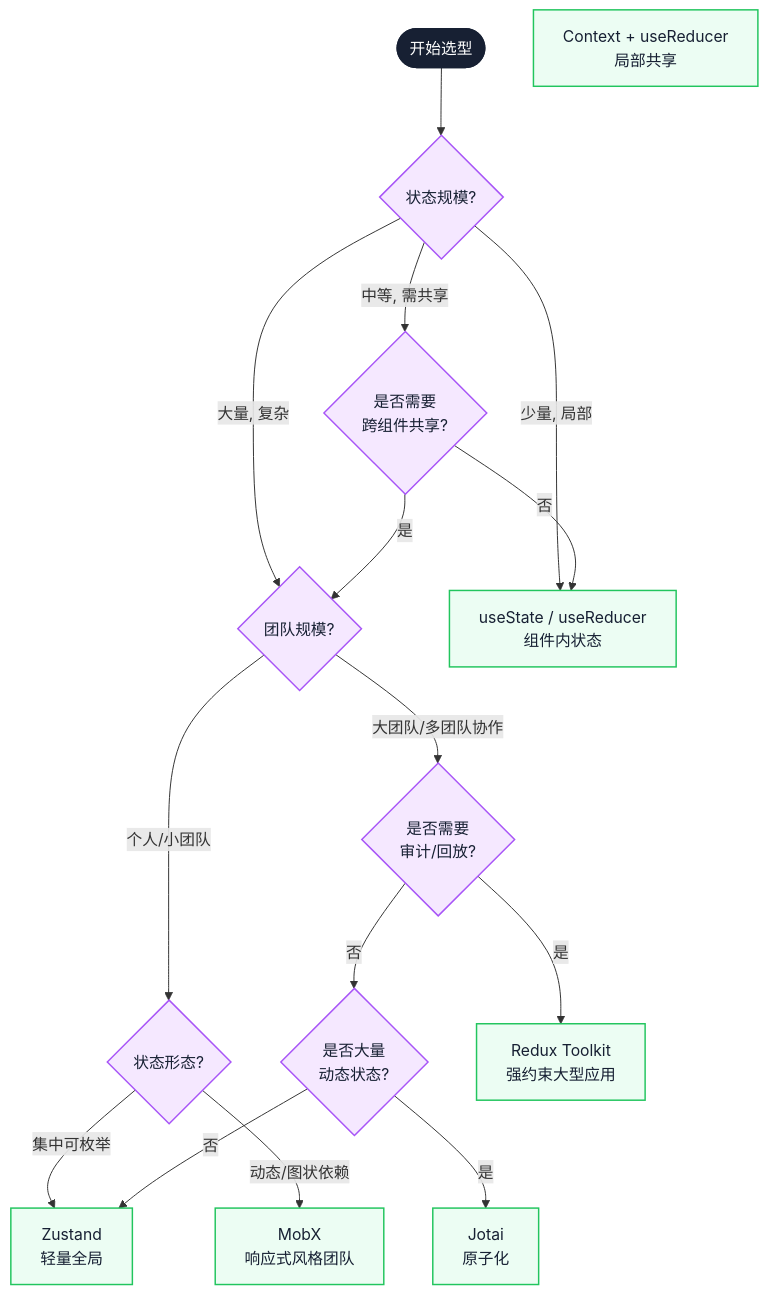
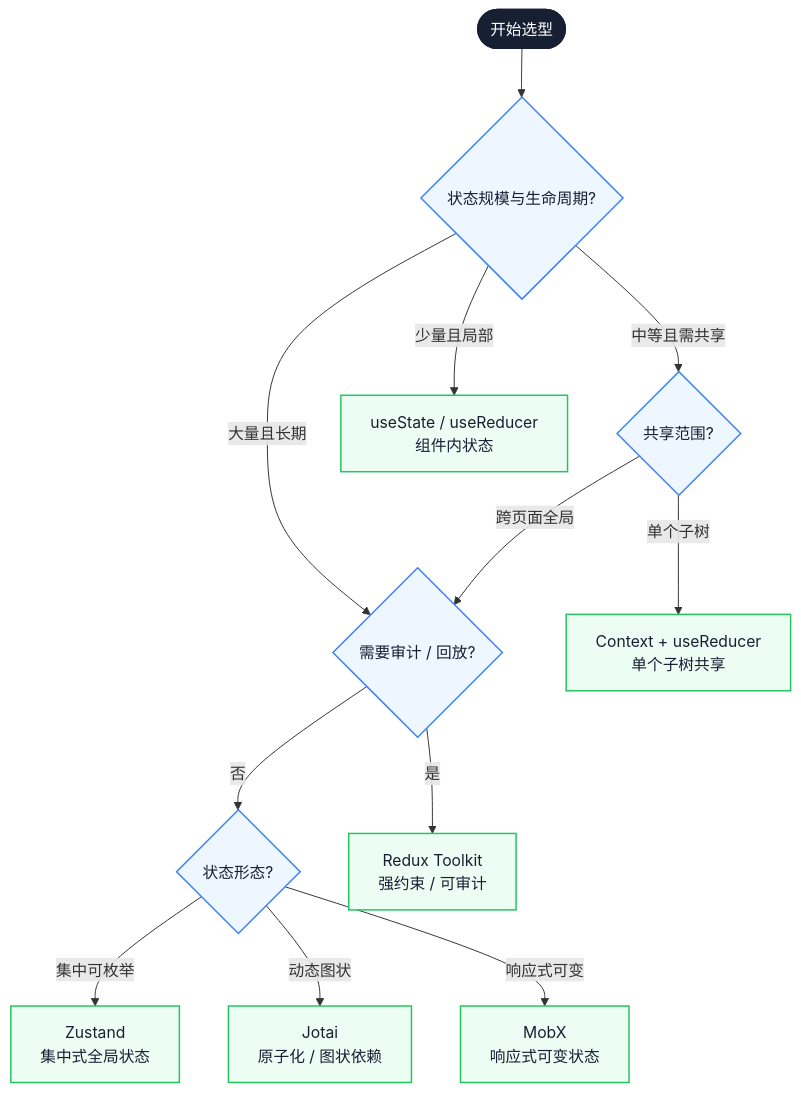
Before and after one commit to Fatejian/frontier-vault: the sixth of 6 diagrams in docs/frameworks/state-management.md, drawn with Mermaid. The commit also changed other lines of this file and 41 other files, not shown here.

````diff
--- a/docs/frameworks/state-management.md
+++ b/docs/frameworks/state-management.md
@@ -772,46 +854,36 @@
 ```mermaid
-%%{init: {'theme': 'base', 'themeVariables': { 'fontFamily': 'Inter, PingFang SC, Microsoft YaHei, sans-serif', 'primaryColor': '#EEF6FF', 'primaryTextColor': '#172033', 'primaryBorderColor': '#6EA8FE', 'lineColor': '#8A94A6', 'secondaryColor': '#F7F9FC', 'tertiaryColor': '#FFF7E6, 'fontSize': '13px'}}}%%
 flowchart TB
-    Start([开始选型])
+    Start(["开始选型"])
 
-    Q1{状态规模?}
-    Q2{是否需要<br/>跨组件共享?}
-    Q3{团队规模?}
-    Q4{状态形态?}
-    Q5{是否需要<br/>审计/回放?}
-    Q6{是否大量<br/>动态状态?}
+    Q1{"状态规模与生命周期?"}
+    Q2{"共享范围?"}
+    Q3{"需要审计 / 回放?"}
+    Q4{"状态形态?"}
 
-    R1[useState / useReducer<br/>组件内状态]
-    R2[Context + useReducer<br/>局部共享]
-    R3[Zustand<br/>轻量全局]
-    R4[Jotai<br/>原子化]
-    R5[Redux Toolkit<br/>强约束大型应用]
-    R6[MobX<br/>响应式风格团队]
+    R1["useState / useReducer<br/>组件内状态"]
+    R2["Context + useReducer<br/>单个子树共享"]
+    R3["Zustand<br/>集中式全局状态"]
+    R4["Jotai<br/>原子化 / 图状依赖"]
+    R5["Redux Toolkit<br/>强约束 / 可审计"]
+    R6["MobX<br/>响应式可变状态"]
 
     Start --> Q1
-    Q1 -->|少量, 局部| R1
-    Q1 -->|中等, 需共享| Q2
-    Q1 -->|大量, 复杂| Q3
+    Q1 -->|"少量且局部"| R1
+    Q1 -->|"中等且需共享"| Q2
+    Q1 -->|"大量且长期"| Q3
+    Q2 -->|"单个子树"| R2
+    Q2 -->|"跨页面全局"| Q3
+    Q3 -->|"是"| R5
+    Q3 -->|"否"| Q4
+    Q4 -->|"集中可枚举"| R3
+    Q4 -->|"动态图状"| R4
+    Q4 -->|"响应式可变"| R6
 
-    Q2 -->|否| R1
-    Q2 -->|是| Q3
+    classDef core fill:#172033,color:#fff,stroke:#172033,stroke-width:2px;
+    classDef wait fill:#EEF6FF,stroke:#3B82F6,color:#172033,stroke-width:1.5px;
+    classDef work fill:#ECFDF3,stroke:#22C55E,color:#172033,stroke-width:1.5px;
 
-    Q3 -->|个人/小团队| Q4
-    Q3 -->|大团队/多团队协作| Q5
-
-    Q4 -->|集中可枚举| R3
-    Q4 -->|动态/图状依赖| R6
-    Q5 -->|是| R5
-    Q5 -->|否| Q6
-
-    Q6 -->|是| R4
-    Q6 -->|否| R3
-
-    classDef start fill:#172033,color:#fff,stroke:#172033,stroke-width:2px;
-    classDef question fill:#F5E8FF,stroke:#A855F7,color:#172033,stroke-width:1.5px;
-    classDef result fill:#ECFDF3,stroke:#22C55E,color:#172033,stroke-width:1.5px;
-
-    class Start start;
-    class Q1,Q2,Q3,Q4,Q5,Q6 question;
-    class R1,R2,R3,R4,R5,R6 result;
+    class Start core;
+    class Q1,Q2,Q3,Q4 wait;
+    class R1,R2,R3,R4,R5,R6 work;
 ```
````
